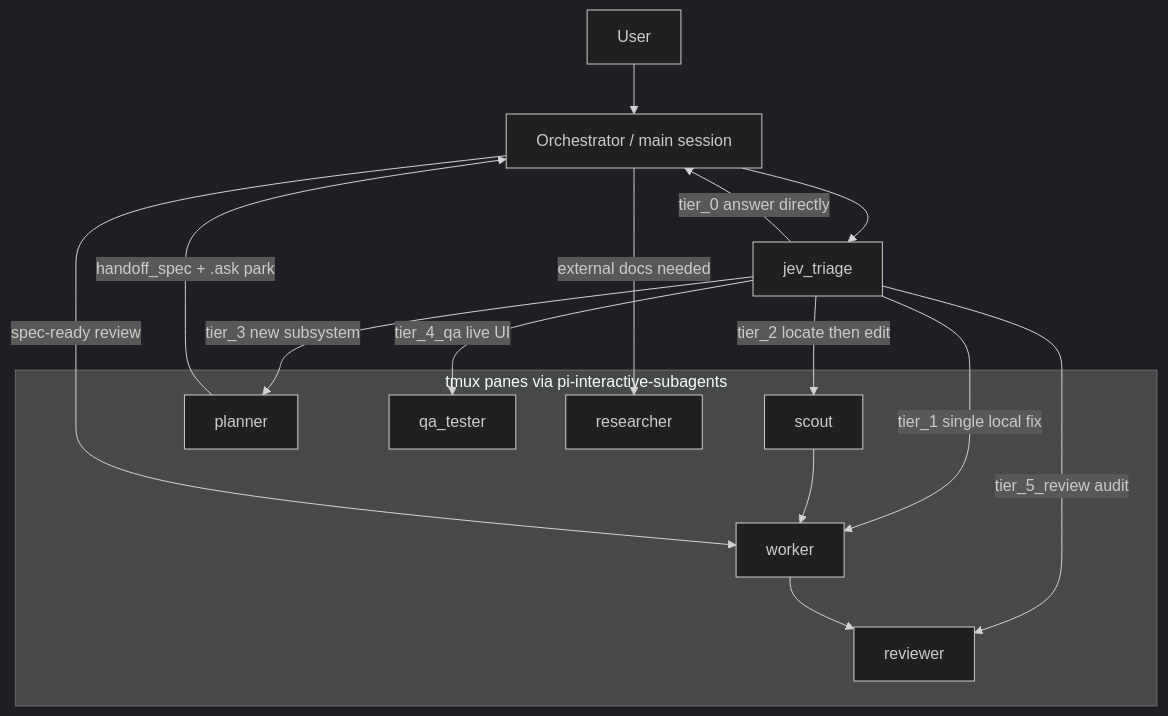
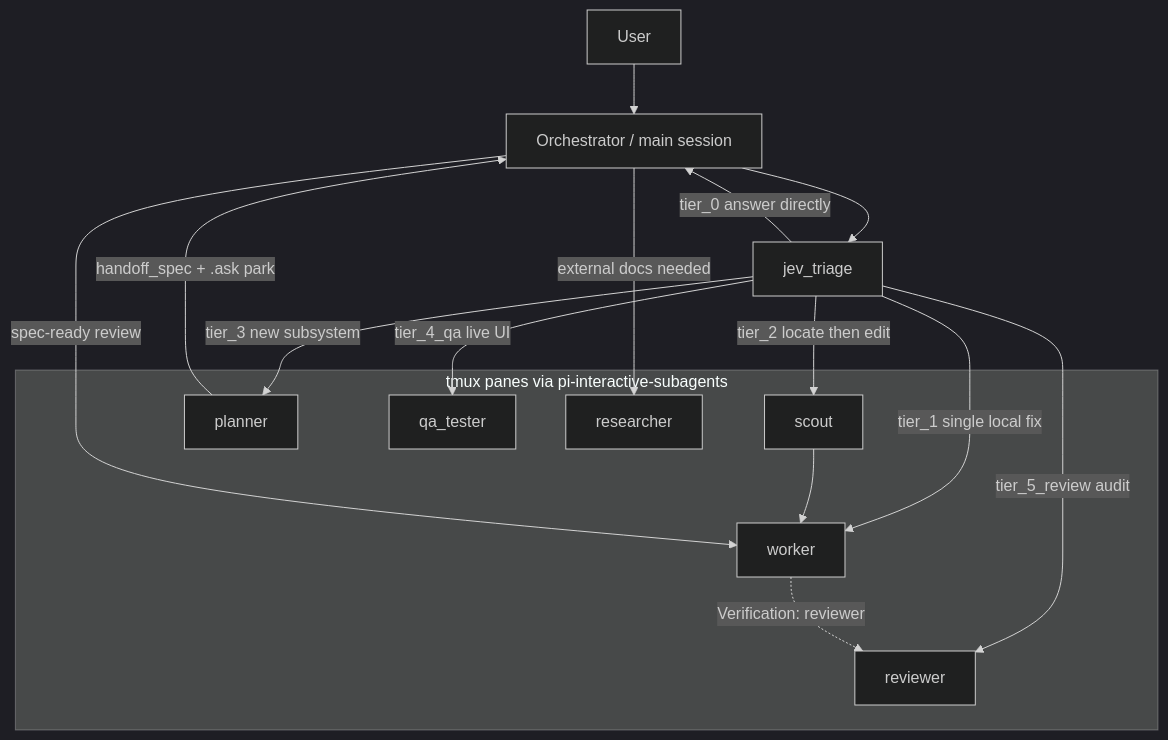
The diagram in docs/architecture.md (VisionCraft3r/ultimate-pi), drawn with Mermaid (dark theme) before and after one commit. The commit also changed other lines of this file and 16 other files, not shown here.

````diff
--- a/docs/architecture.md
+++ b/docs/architecture.md
@@ -44,26 +44,26 @@
 ```mermaid
 flowchart TB
     U[User] --> O[Orchestrator / main session]
     O --> J[jev_triage]
 
     J -->|tier_0 answer directly| O
     J -->|tier_1 single local fix| W[worker]
     J -->|tier_2 locate then edit| S[scout]
     S --> W
     J -->|tier_3 new subsystem| P[planner]
     P -->|handoff_spec + .ask park| O
     O -->|spec-ready review| W
     J -->|tier_4_qa live UI| Q[qa_tester]
     J -->|tier_5_review audit| Rev[reviewer]
     O -->|external docs needed| R[researcher]
-    W --> Rev
+    W -.->|"Verification: reviewer"| Rev
 
     subgraph tmux ["tmux panes via pi-interactive-subagents"]
         S
         W
         P
         R
         Q
         Rev
     end
 ```
````
